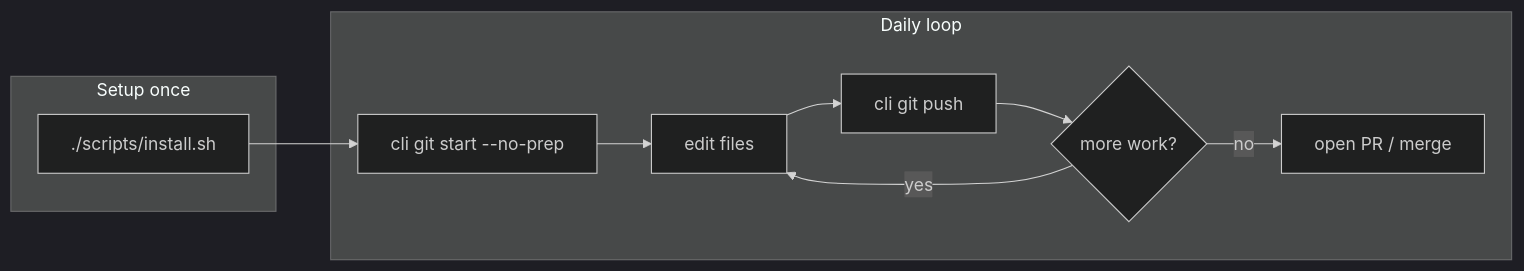
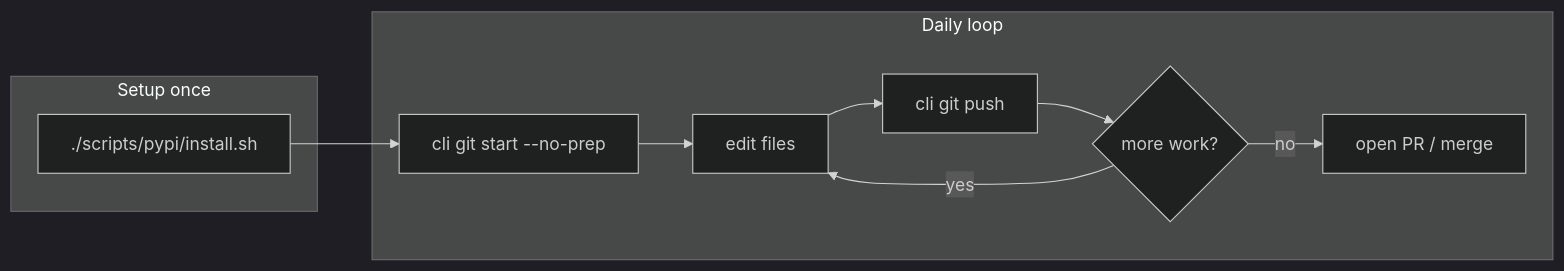
One commit to gardusig/cli changed the second of 7 diagrams in docs/workflows.md. Above: the diagram before and after it, drawn with Mermaid (dark theme). The commit also changed 21 other files, not shown here.

First line of the commit message:
Move install to scripts/pypi and bootstrap to scripts/docker.

````diff
--- a/docs/workflows.md
+++ b/docs/workflows.md
@@ -72,19 +72,19 @@
 ```mermaid
 flowchart LR
     subgraph setup [Setup once]
-        A["./scripts/install.sh"]
+        A["./scripts/pypi/install.sh"]
     end
 
     subgraph daily [Daily loop]
         C["cli git start --no-prep"]
         D["edit files"]
         E["cli git push"]
         F{"more work?"}
         G["open PR / merge"]
         C --> D --> E --> F
         F -->|yes| D
         F -->|no| G
     end
 
     A --> C
 ```
````
